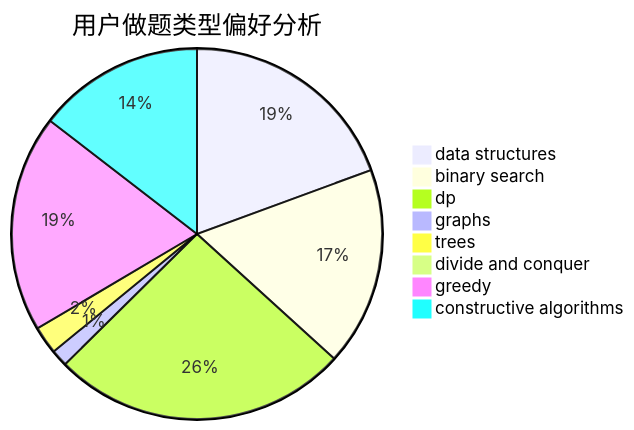
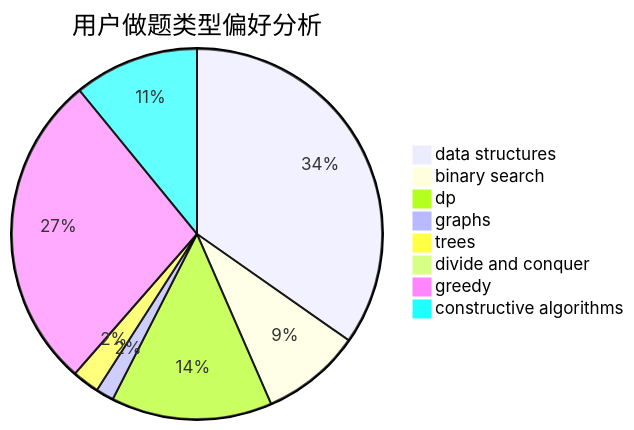
One commit to sherpahu/cfrs.github.io changed the second of 3 diagrams in docs/user/u13.md. Above: the diagram before and after it, drawn with Mermaid. The commit also changed other lines of this file and 2770 other files, not shown here.

````diff
--- a/docs/user/u13.md
+++ b/docs/user/u13.md
@@ -23,11 +23,11 @@
 ```mermaid
 pie title 用户做题类型偏好分析
-    "data structures" :  264
-    "binary search" :  236
-    "dp" :  352
-    "graphs" :  20
-    "trees" :  33
-    "divide and conquer" :  8
-    "greedy" :  258
-    "constructive algorithms" :  198
+    "data structures" :  398
+    "binary search" :  100
+    "dp" :  161
+    "graphs" :  18
+    "trees" :  27
+    "divide and conquer" :  9
+    "greedy" :  317
+    "constructive algorithms" :  125
 ```
````
